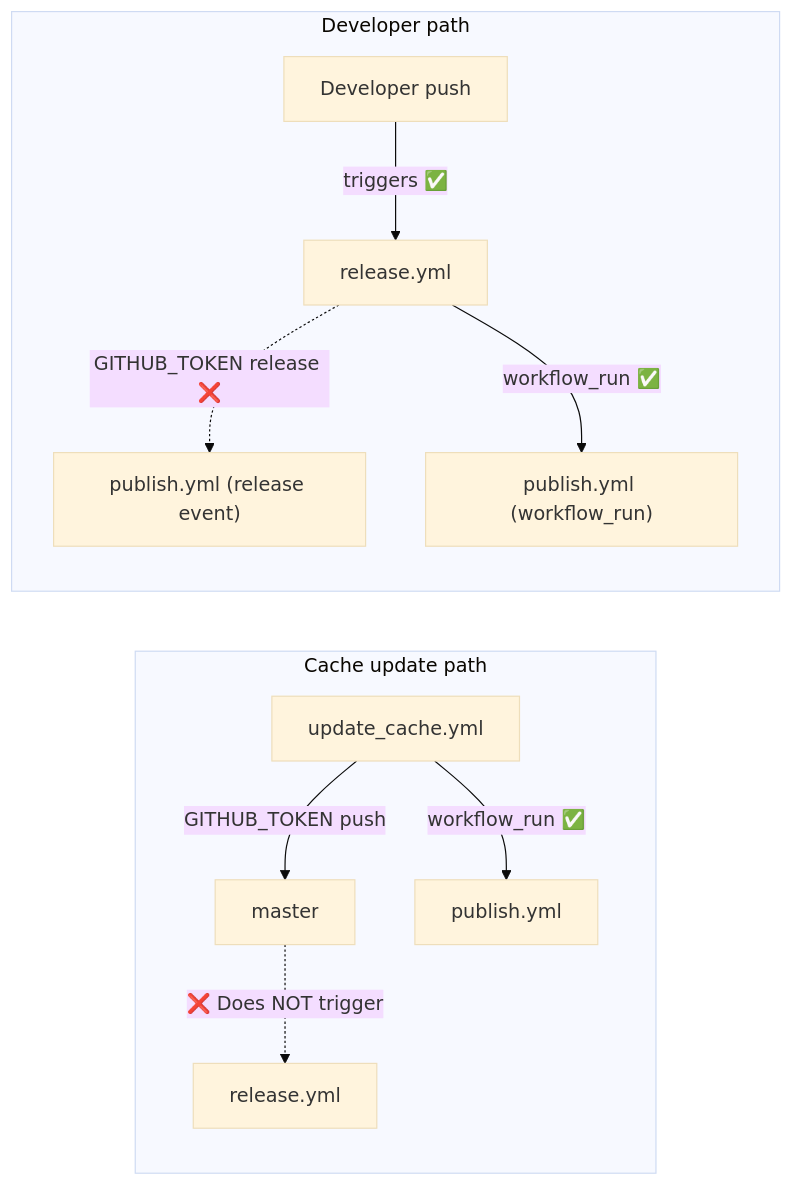
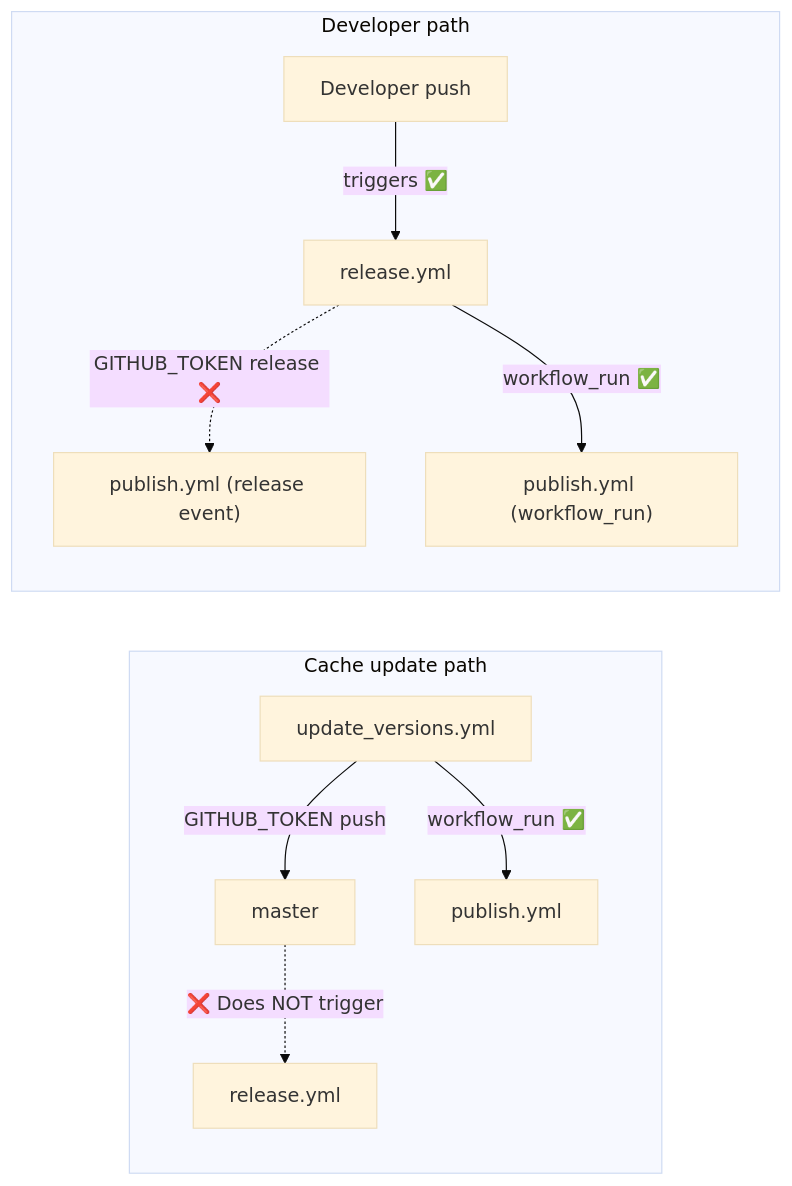
The third of 3 diagrams in docs/ci-cd-workflows.md (Satori-Analytics/pyenv-win), drawn with Mermaid (base theme) before and after one commit. The commit also changed other lines of this file and 3 other files, not shown here.

````diff
--- a/docs/ci-cd-workflows.md
+++ b/docs/ci-cd-workflows.md
@@ -124,14 +124,14 @@
 ```mermaid
 flowchart LR
     subgraph "Cache update path"
-        UC[update_cache.yml] -->|"GITHUB_TOKEN push"| M[master]
+        UC[update_versions.yml] -->|"GITHUB_TOKEN push"| M[master]
         M -.->|"❌ Does NOT trigger"| R[release.yml]
         UC -->|"workflow_run ✅"| P[publish.yml]
     end
 
     subgraph "Developer path"
         DEV[Developer push] -->|"triggers ✅"| R2[release.yml]
         R2 -.->|"GITHUB_TOKEN release ❌"| P2["publish.yml (release event)"]
         R2 -->|"workflow_run ✅"| P3["publish.yml (workflow_run)"]
     end
 ```
````
